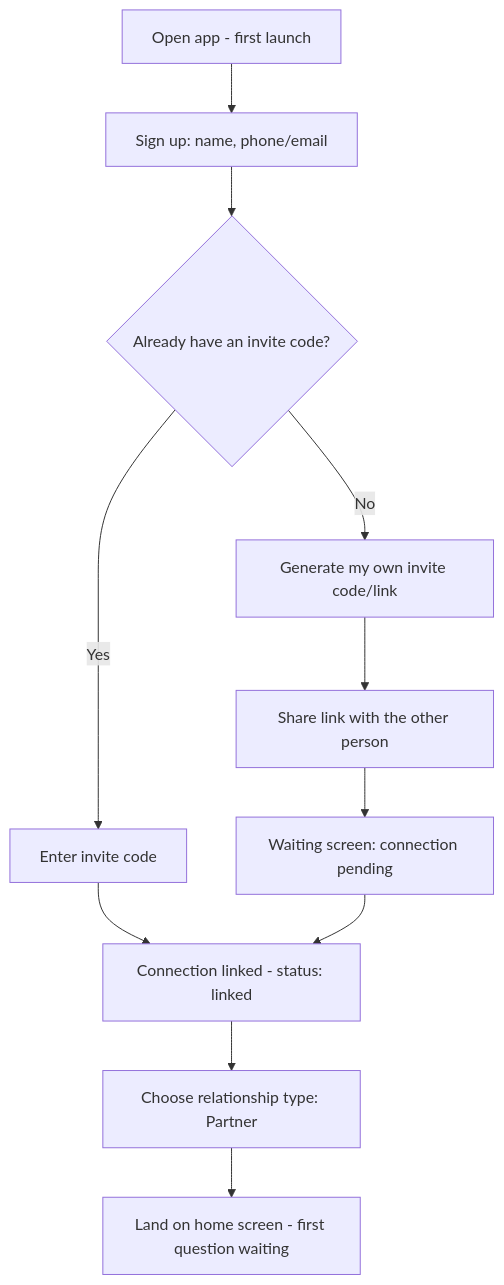
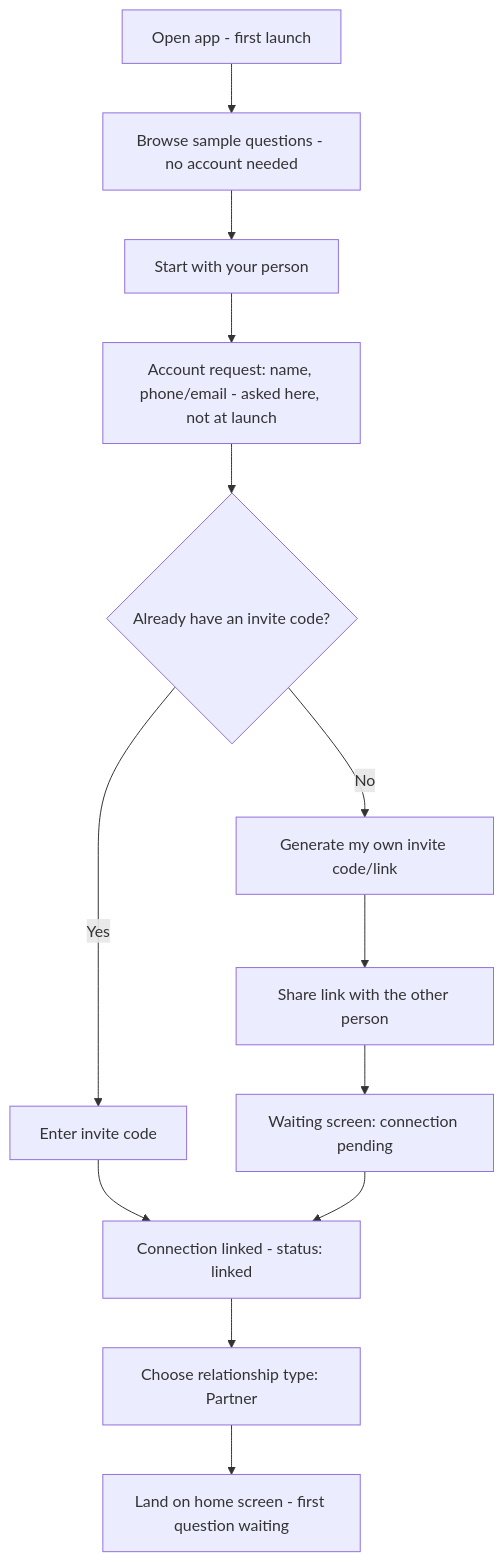
Before and after one commit to QuayeDNA/chale: the first of 4 diagrams in docs/04-user-flows.md, drawn with Mermaid. The commit also changed other lines of this file and 3 other files, not shown here.

Commit message:
docs(db): anonymous-first onboarding; grant anon question reads

````diff
--- a/docs/04-user-flows.md
+++ b/docs/04-user-flows.md
@@ -10,13 +10,15 @@
 ```mermaid
 flowchart TD
-    A[Open app - first launch] --> B[Sign up: name, phone/email]
-    B --> C{Already have an invite code?}
-    C -->|Yes| D[Enter invite code]
-    C -->|No| E[Generate my own invite code/link]
-    D --> F[Connection linked - status: linked]
-    E --> G[Share link with the other person]
-    G --> H[Waiting screen: connection pending]
-    H --> F
-    F --> I[Choose relationship type: Partner]
-    I --> J[Land on home screen - first question waiting]
+    A[Open app - first launch] --> B[Browse sample questions - no account needed]
+    B --> C[Start with your person]
+    C --> D[Account request: name, phone/email - asked here, not at launch]
+    D --> E{Already have an invite code?}
+    E -->|Yes| F[Enter invite code]
+    E -->|No| G[Generate my own invite code/link]
+    F --> H[Connection linked - status: linked]
+    G --> I[Share link with the other person]
+    I --> J[Waiting screen: connection pending]
+    J --> H
+    H --> K[Choose relationship type: Partner]
+    K --> L[Land on home screen - first question waiting]
 ```
````
